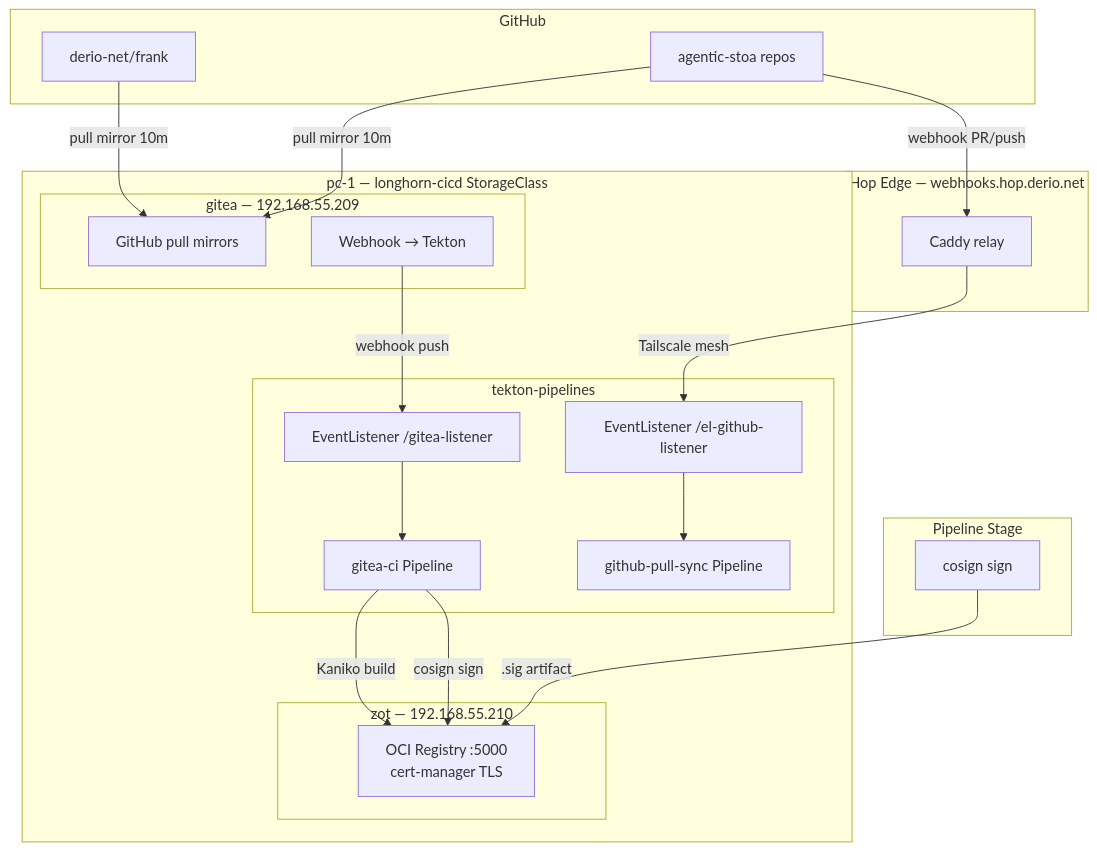
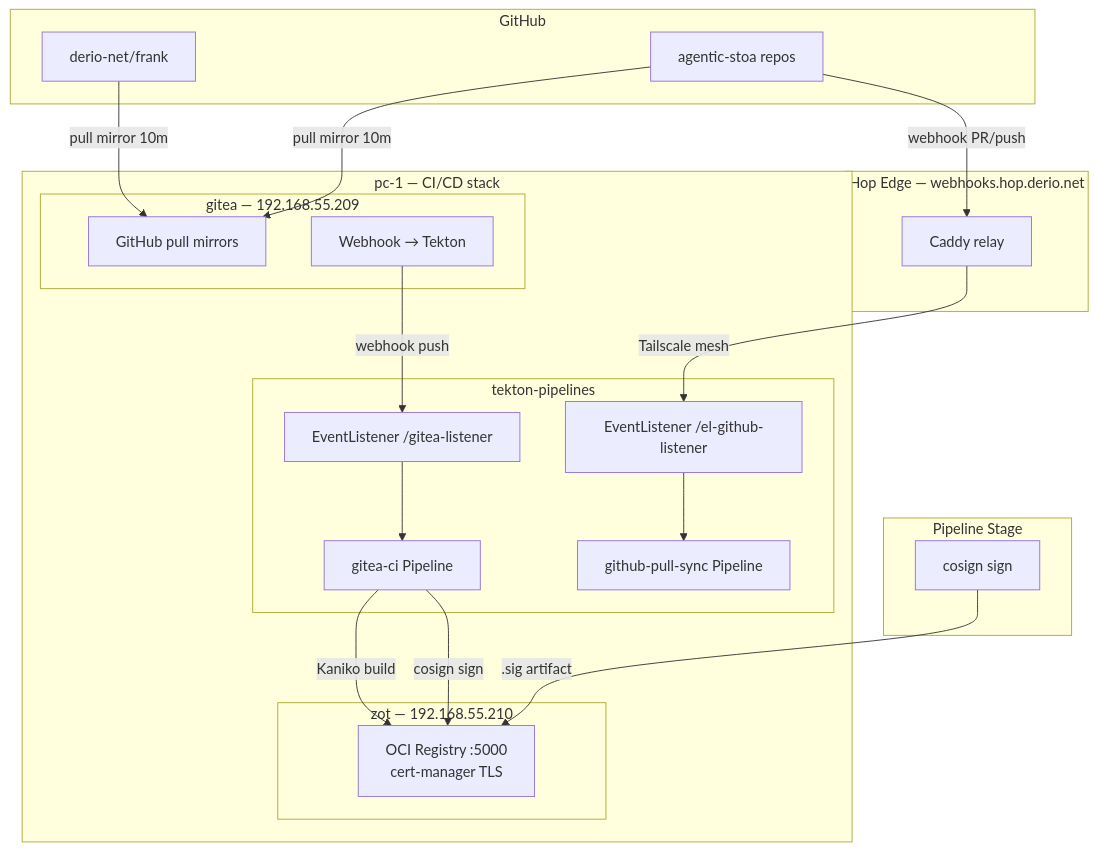
One commit to derio-net/frank changed the first of 2 diagrams in blog/content/docs/building/27-cicd-platform/index.md. Above: the diagram before and after it, drawn with Mermaid. The commit also changed other lines of this file and 31 other files, not shown here.

````diff
--- a/blog/content/docs/building/27-cicd-platform/index.md
+++ b/blog/content/docs/building/27-cicd-platform/index.md
@@ -22,39 +22,39 @@
 ```mermaid
 flowchart TD
   subgraph GitHub
     FR[derio-net/frank]
     AS[agentic-stoa repos]
   end
-  subgraph CICD[pc-1 — longhorn-cicd StorageClass]
+  subgraph CICD[pc-1 — CI/CD stack]
     subgraph Gitea[gitea — 192.168.55.209]
       GM[GitHub pull mirrors]
       WH[Webhook → Tekton]
     end
     subgraph Tekton[tekton-pipelines]
       EL[EventListener /gitea-listener]
       ELGH[EventListener /el-github-listener]
       PIPE[gitea-ci Pipeline]
       PIPE2[github-pull-sync Pipeline]
     end
     subgraph Zot[zot — 192.168.55.210]
       REG[OCI Registry :5000<br/>cert-manager TLS]
     end
   end
   subgraph Cosign[Pipeline Stage]
     SIGN[cosign sign]
   end
   subgraph Hop[Hop Edge — webhooks.hop.derio.net]
     CAD[Caddy relay]
   end
 
   FR -->|pull mirror 10m| GM
   AS -->|pull mirror 10m| GM
   AS -->|webhook PR/push| CAD
   CAD -->|Tailscale mesh| ELGH
   WH -->|webhook push| EL
   EL --> PIPE
   ELGH --> PIPE2
   PIPE -->|Kaniko build| REG
   PIPE -->|cosign sign| REG
   SIGN -->|.sig artifact| REG
 ```
````
